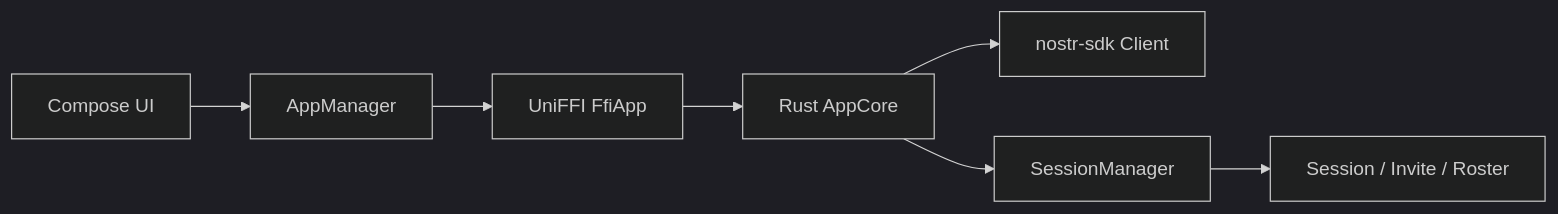
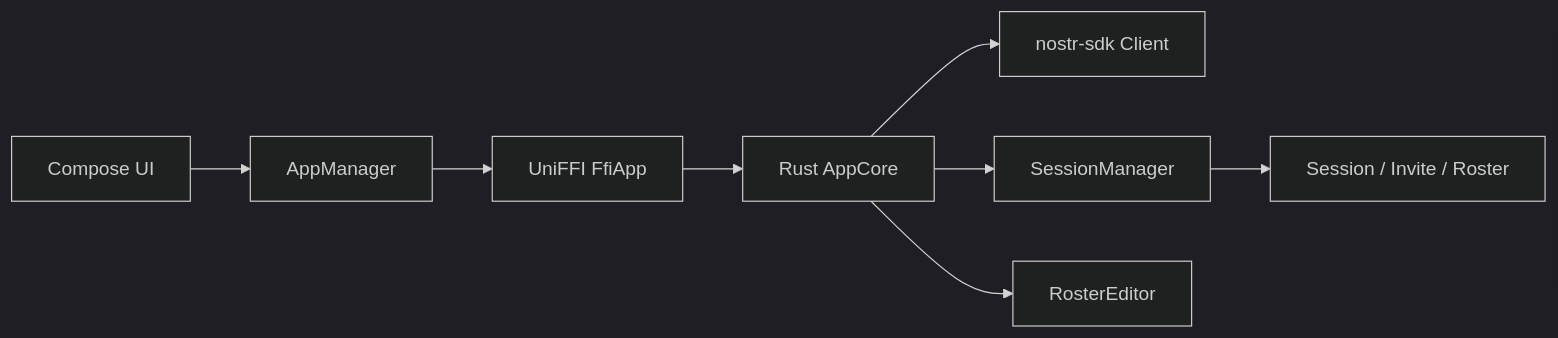
The first of 9 diagrams in ARCHITECTURE_REVIEW.md (lauri000/ndr-demo-app), drawn with Mermaid (dark theme) before and after one commit. The commit also changed other lines of this file and 4 other files, not shown here.

````diff
--- a/ARCHITECTURE_REVIEW.md
+++ b/ARCHITECTURE_REVIEW.md
@@ -13,9 +17,10 @@
 ```mermaid
 flowchart LR
   UI["Compose UI"] --> AM["AppManager"]
   AM --> FFI["UniFFI FfiApp"]
   FFI --> CORE["Rust AppCore"]
   CORE --> NOSTR["nostr-sdk Client"]
   CORE --> SM["SessionManager"]
+  CORE --> RE["RosterEditor"]
   SM --> LIB["Session / Invite / Roster"]
 ```
````
